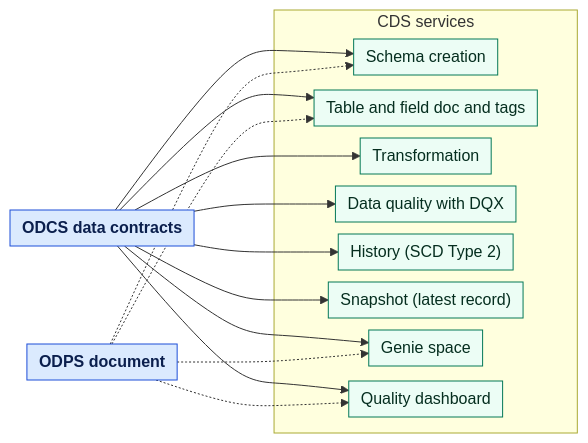
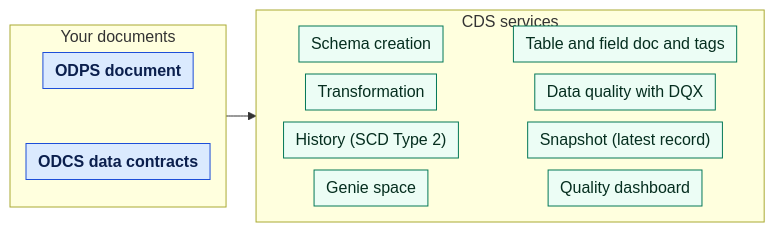
One commit to shbehna/cds changed the diagram in README.md. Above: the diagram before and after it, drawn with Mermaid.

Commit message:
Change diag

````diff
--- a/README.md
+++ b/README.md
@@ -17,25 +17,33 @@
 ```mermaid
-%%{init: {"flowchart": {"nodeSpacing": 12, "rankSpacing": 80, "padding": 6}}}%%
+%%{init: {"flowchart": {"nodeSpacing": 12, "rankSpacing": 30, "padding": 6}}}%%
 flowchart LR
-    odps["<b>ODPS document</b><br/>"]
-    odcs["<b>ODCS data contracts</b><br/>"]
+    subgraph documents [Your documents]
+        direction TB
+        odps["<b>ODPS document</b>"]
+        odcs["<b>ODCS data contracts</b>"]
+    end
 
     subgraph services [CDS services]
+        direction LR
         schema["Schema creation"]
         metadata["Table and field doc and tags"]
         transformation["Transformation"]
         quality["Data quality with DQX"]
         scd["History (SCD Type 2)"]
         snapshot["Snapshot (latest record)"]
         genie["Genie space"]
         dashboard["Quality dashboard"]
     end
 
-    odcs --> schema & metadata & transformation & quality & scd & snapshot & genie & dashboard
-    odps -.-> schema & metadata & genie & dashboard
+    odps ~~~ odcs
+    schema ~~~ metadata
+    transformation ~~~ quality
+    scd ~~~ snapshot
+    genie ~~~ dashboard
+    documents --> services
 
     classDef document fill:#dbeafe,stroke:#1d4ed8,color:#0b1f4d
     classDef service fill:#ecfdf5,stroke:#047857,color:#052e1f
     class odps,odcs document
     class schema,metadata,transformation,quality,scd,snapshot,genie,dashboard service
 ```
````
